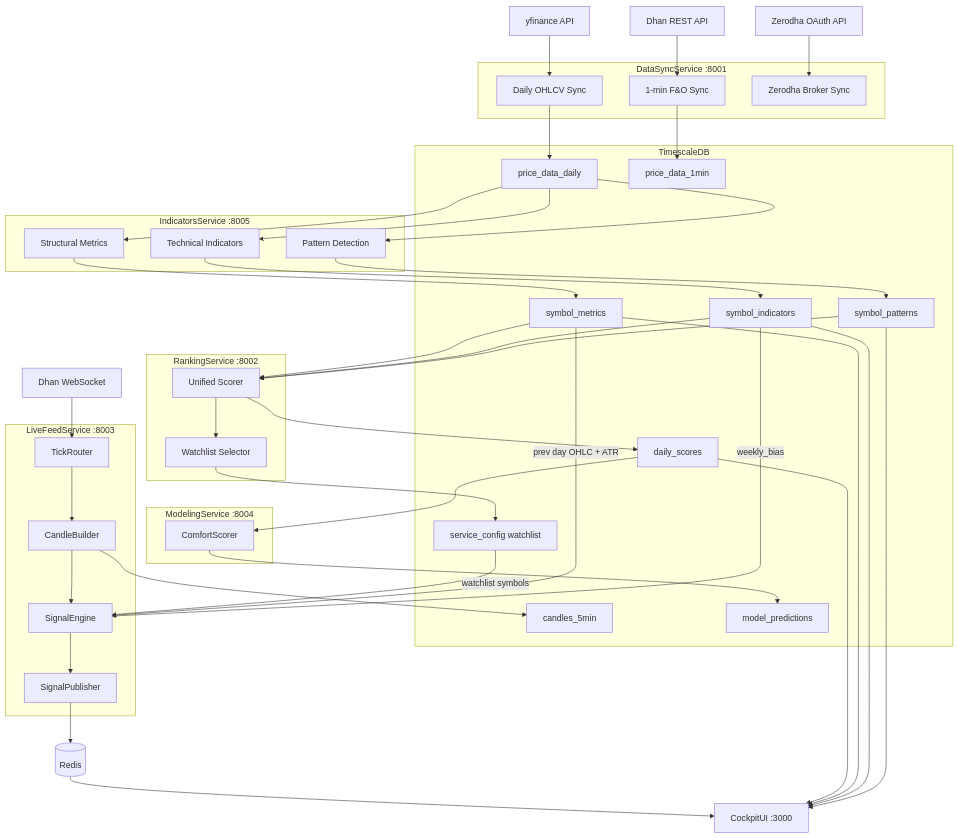
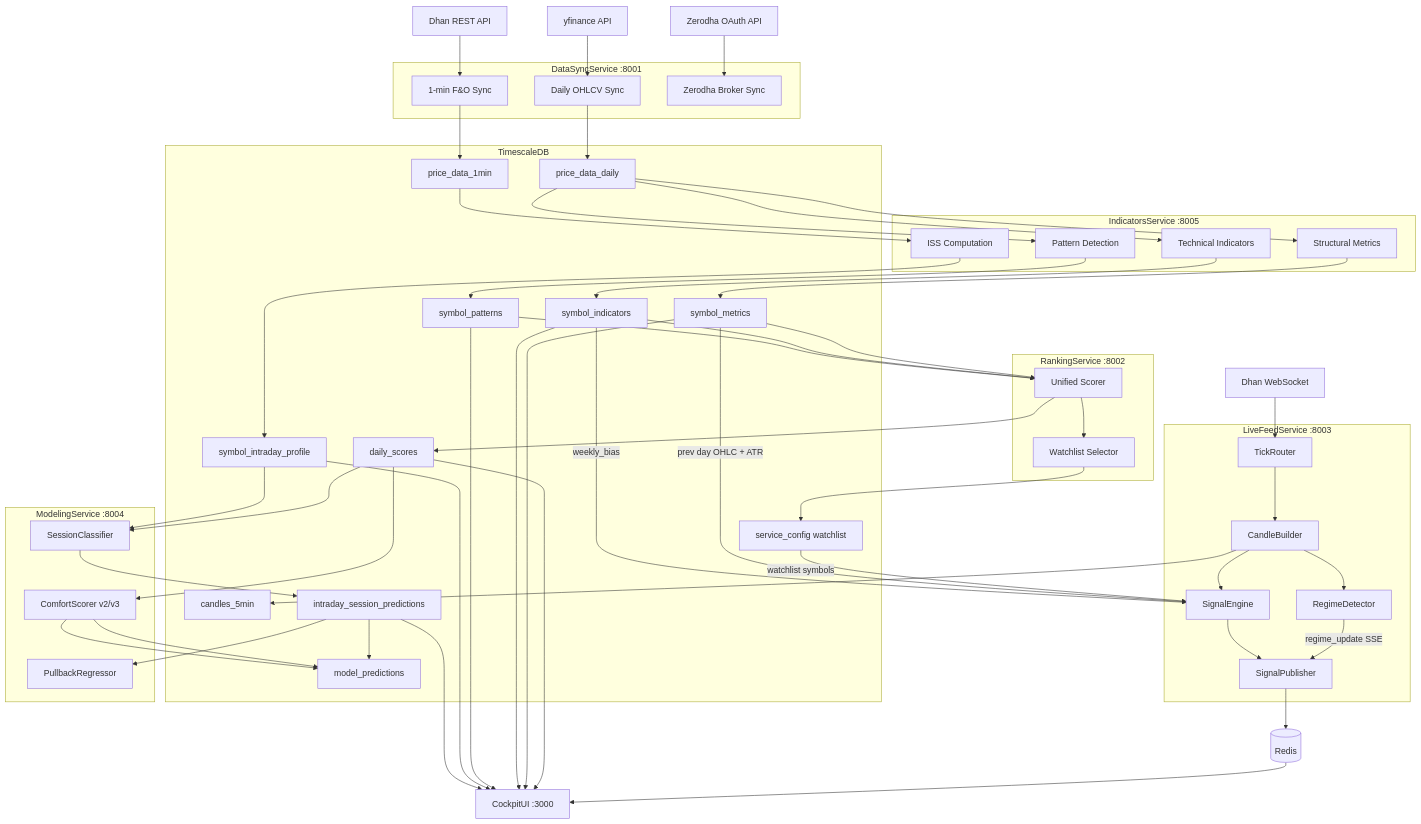
The first of 13 diagrams in docs/DATA_PIPELINE.md (ramanathan23/trader-cockpit-app), drawn with Mermaid before and after one commit. The commit also changed other lines of this file and 4 other files, not shown here.

````diff
--- a/docs/DATA_PIPELINE.md
+++ b/docs/DATA_PIPELINE.md
@@ -25,12 +25,15 @@
         ds["daily_scores"]
         mp["model_predictions"]
         sc["service_config watchlist"]
+        sip["symbol_intraday_profile"]
+        isp["intraday_session_predictions"]
     end
 
     subgraph IS["IndicatorsService :8005"]
         struct_metrics["Structural Metrics"]
         tech_ind["Technical Indicators"]
         patterns["Pattern Detection"]
+        iss["ISS Computation"]
     end
 
     subgraph RS["RankingService :8002"]
@@ -42,11 +45,14 @@
         tick_router["TickRouter"]
         candle_builder["CandleBuilder"]
         signal_engine["SignalEngine"]
+        regime["RegimeDetector"]
         publisher["SignalPublisher"]
     end
 
     subgraph MS["ModelingService :8004"]
-        model["ComfortScorer"]
+        model["ComfortScorer v2/v3"]
+        session_clf["SessionClassifier"]
+        pullback_reg["PullbackRegressor"]
     end
 
     REDIS[("Redis")]
@@ -57,10 +63,12 @@
     zerodha --> z_sync
     dhan_ws --> tick_router --> candle_builder --> c5m
     candle_builder --> signal_engine
+    candle_builder --> regime
 
     pdd --> struct_metrics --> sm
     pdd --> tech_ind --> si
     pdd --> patterns --> sp
+    pd1 --> iss --> sip
 
     sm --> scorer
     si --> scorer
@@ -69,14 +77,22 @@
     scorer --> watchlist --> sc
 
     ds --> model --> mp
+    ds --> session_clf
+    sip --> session_clf --> isp
+    isp --> pullback_reg
+    model --> mp
+    isp --> mp
 
     sc -->|watchlist symbols| signal_engine
     sm -->|prev day OHLC + ATR| signal_engine
     si -->|weekly_bias| signal_engine
+    regime -->|regime_update SSE| publisher
 
     signal_engine --> publisher --> REDIS --> UI
     ds --> UI
     sm --> UI
     si --> UI
     sp --> UI
+    sip --> UI
+    isp --> UI
 ```
````
